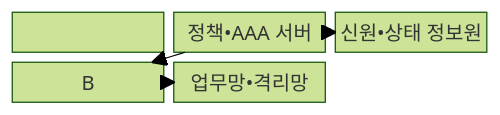
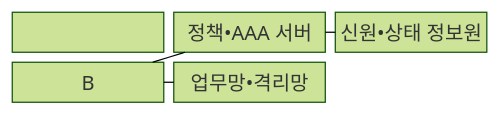
One commit to agnusdei1207/knowledge-base changed the first of 2 diagrams in src/content/docs/notes/04-network/114_network_access_control.md. Above: the diagram before and after it, drawn with Mermaid (forest theme). The commit also changed other lines of this file and 493 other files, not shown here.

````diff
--- a/src/content/docs/notes/04-network/114_network_access_control.md
+++ b/src/content/docs/notes/04-network/114_network_access_control.md
@@ -69,8 +69,8 @@
 ```mermaid
-block
+block-beta
   columns 3
-  A["접속 단말"] --> B["접근 집행점"] --> C["정책•AAA 서버"]
-  D["신원•상태 정보원"] --> C
-  C --> B
-  B --> E["업무망•격리망"]
+  A["접속 단말"] --- B["접근 집행점"] --- C["정책•AAA 서버"]
+  D["신원•상태 정보원"] --- C
+  C --- B
+  B --- E["업무망•격리망"]
 ```
````
